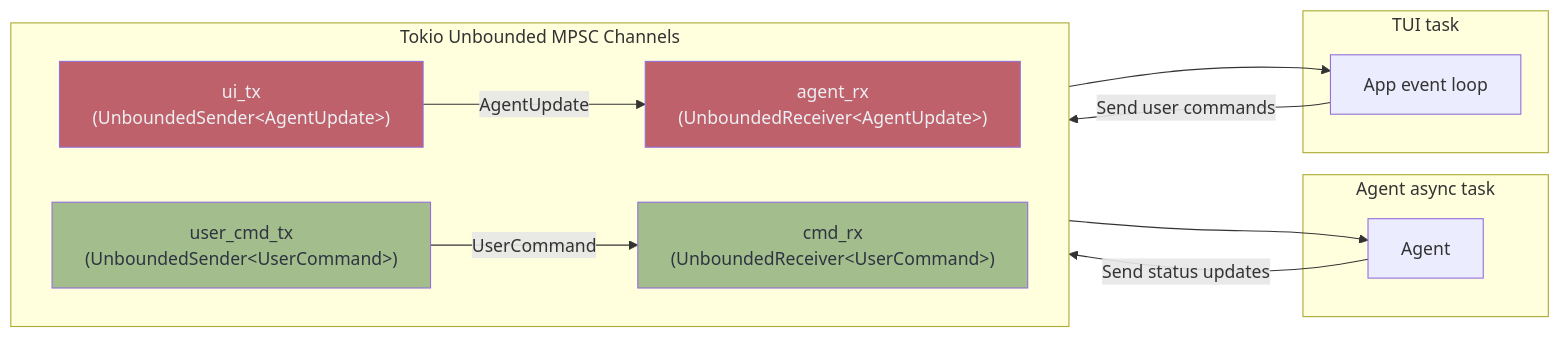
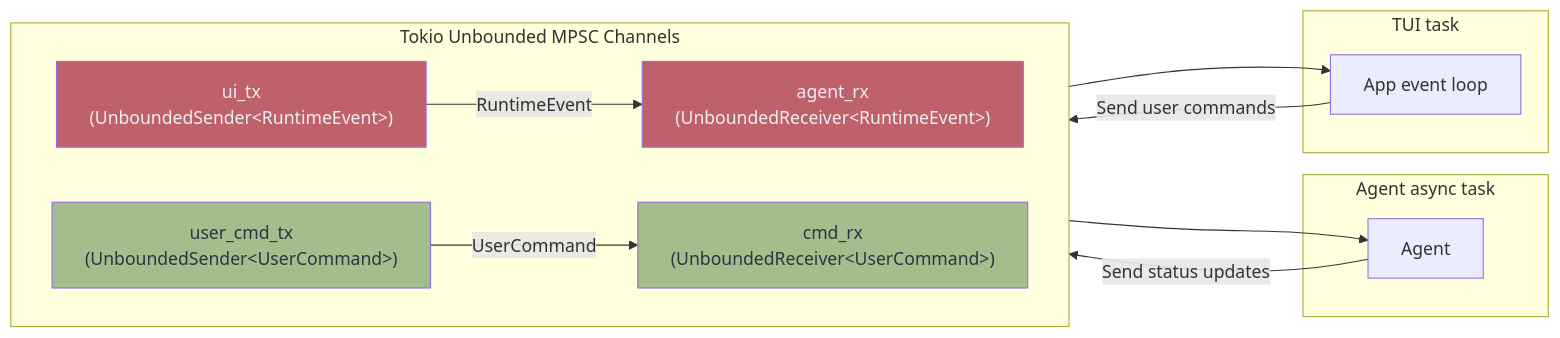
The ninth of 11 diagrams in ARCHITECTURE.md (rust-infra/tact), drawn with Mermaid before and after one commit. The commit also changed other lines of this file and 1 other file, not shown here.

Commit message:
docs: AgentUpdate is gone — sync ARCHITECTURE and the change log

````diff
--- a/ARCHITECTURE.md
+++ b/ARCHITECTURE.md
@@ -572,31 +572,31 @@
 ```mermaid
 flowchart LR
     subgraph Channels["Tokio Unbounded MPSC Channels"]
         direction LR
-        TX1["ui_tx<br/>(UnboundedSender&lt;AgentUpdate&gt;)"]
-        RX1["agent_rx<br/>(UnboundedReceiver&lt;AgentUpdate&gt;)"]
+        TX1["ui_tx<br/>(UnboundedSender&lt;RuntimeEvent&gt;)"]
+        RX1["agent_rx<br/>(UnboundedReceiver&lt;RuntimeEvent&gt;)"]
         TX2["user_cmd_tx<br/>(UnboundedSender&lt;UserCommand&gt;)"]
         RX2["cmd_rx<br/>(UnboundedReceiver&lt;UserCommand&gt;)"]
     end
 
     subgraph AgentTask["Agent async task"]
         A["Agent"]
     end
 
     subgraph MainThread["TUI task"]
         TUI["App event loop"]
     end
 
     A -- "Send status updates" --> TX1
-    TX1 -- "AgentUpdate" --> RX1
+    TX1 -- "RuntimeEvent" --> RX1
     RX1 --> TUI
 
     TUI -- "Send user commands" --> TX2
     TX2 -- "UserCommand" --> RX2
     RX2 --> A
 
     style TX1 fill:#bf616a,color:#eceff4
     style RX1 fill:#bf616a,color:#eceff4
     style TX2 fill:#a3be8c,color:#2e3440
     style RX2 fill:#a3be8c,color:#2e3440
 ```
````
